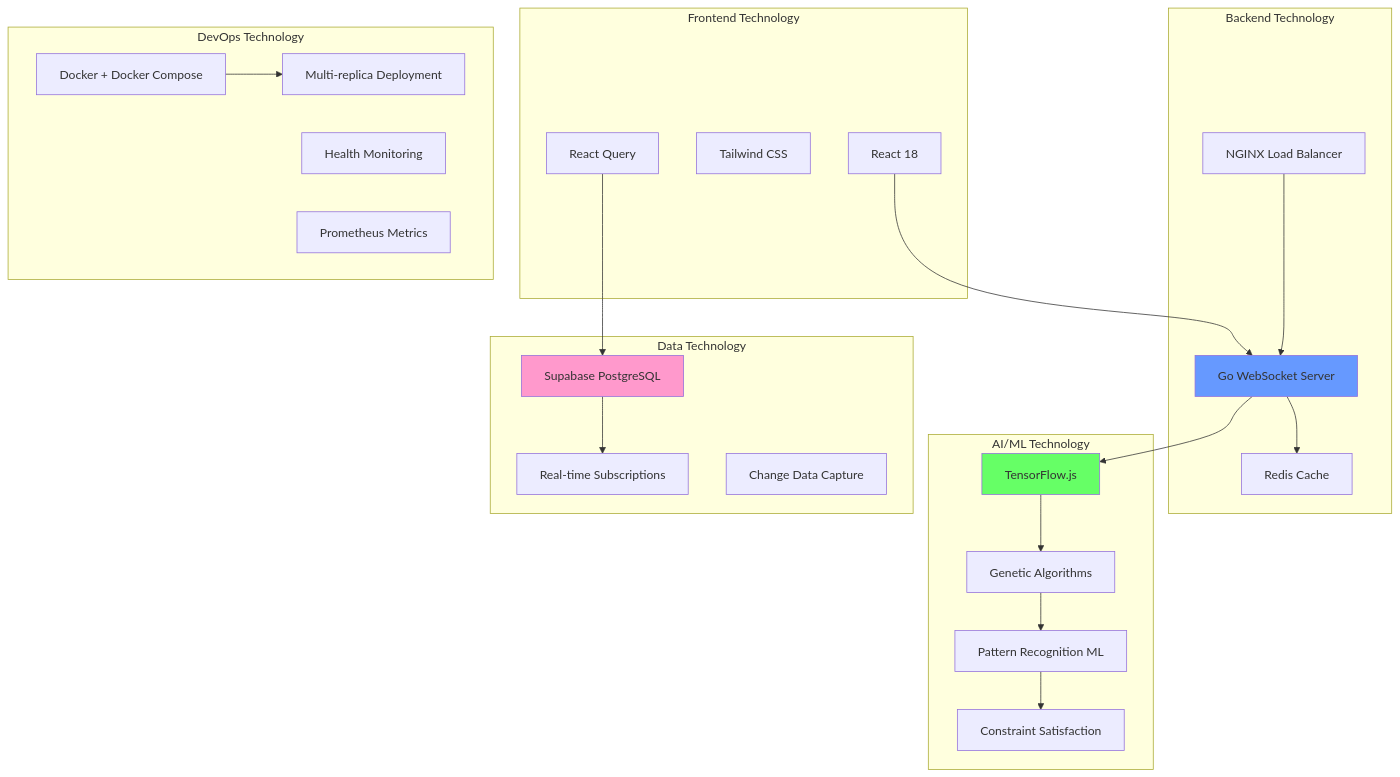
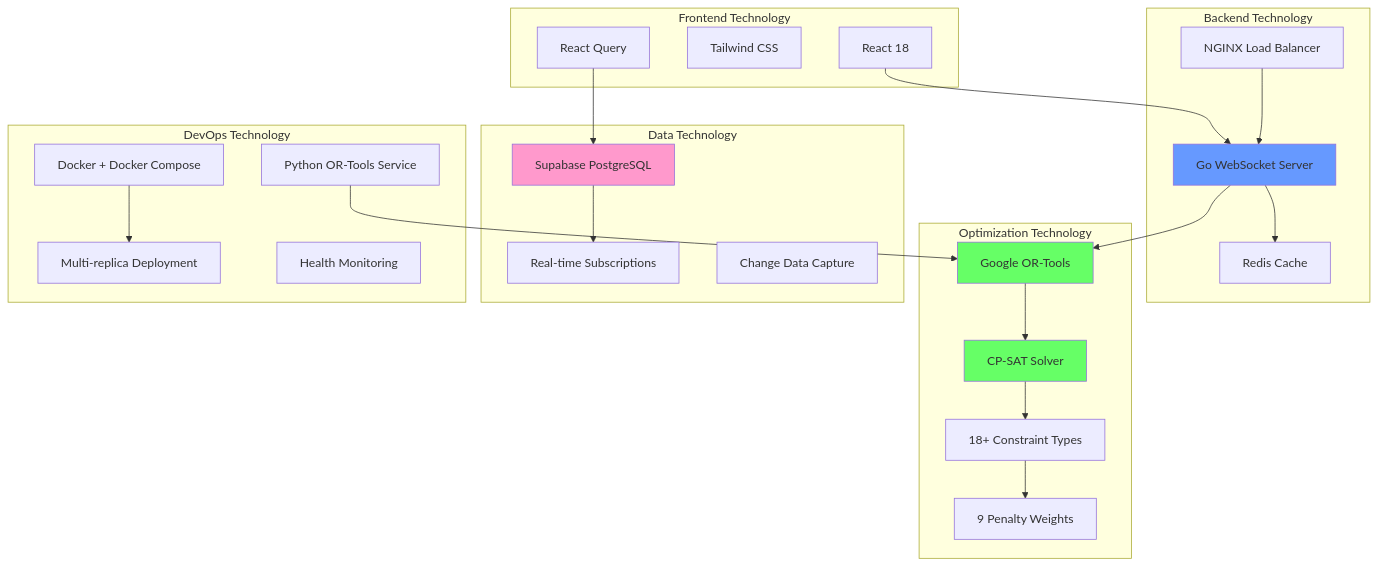
The tenth of 11 diagrams in research/visual-comparison.md (theshidiq/SSM-or-tools), drawn with Mermaid before and after one commit. The commit also changed other lines of this file, not shown here.

First line of the commit message:
docs: Update visual-comparison.md with OR-Tools CP-SAT architecture

````diff
--- a/research/visual-comparison.md
+++ b/research/visual-comparison.md
@@ -342,49 +341,51 @@
 ```mermaid
 graph TB
     subgraph "Frontend Technology"
         A1[React 18]
         A2[Tailwind CSS]
         A3[React Query]
     end
 
     subgraph "Backend Technology"
         B1[Go WebSocket Server]
         B2[NGINX Load Balancer]
         B3[Redis Cache]
     end
 
-    subgraph "AI/ML Technology"
-        C1[TensorFlow.js]
-        C2[Genetic Algorithms]
-        C3[Pattern Recognition ML]
-        C4[Constraint Satisfaction]
+    subgraph "Optimization Technology"
+        C1[Google OR-Tools]
+        C2[CP-SAT Solver]
+        C3[18+ Constraint Types]
+        C4[9 Penalty Weights]
     end
 
     subgraph "Data Technology"
         D1[Supabase PostgreSQL]
         D2[Real-time Subscriptions]
         D3[Change Data Capture]
     end
 
     subgraph "DevOps Technology"
         E1[Docker + Docker Compose]
         E2[Multi-replica Deployment]
         E3[Health Monitoring]
-        E4[Prometheus Metrics]
+        E4[Python OR-Tools Service]
     end
 
     A1 --> B1
     A3 --> D1
     B1 --> C1
     C1 --> C2
     C2 --> C3
     C3 --> C4
     B1 --> B3
     B2 --> B1
     D1 --> D2
     E1 --> E2
+    E4 --> C1
 
     style C1 fill:#66ff66
+    style C2 fill:#66ff66
     style B1 fill:#6699ff
     style D1 fill:#ff99cc
 ```
````
